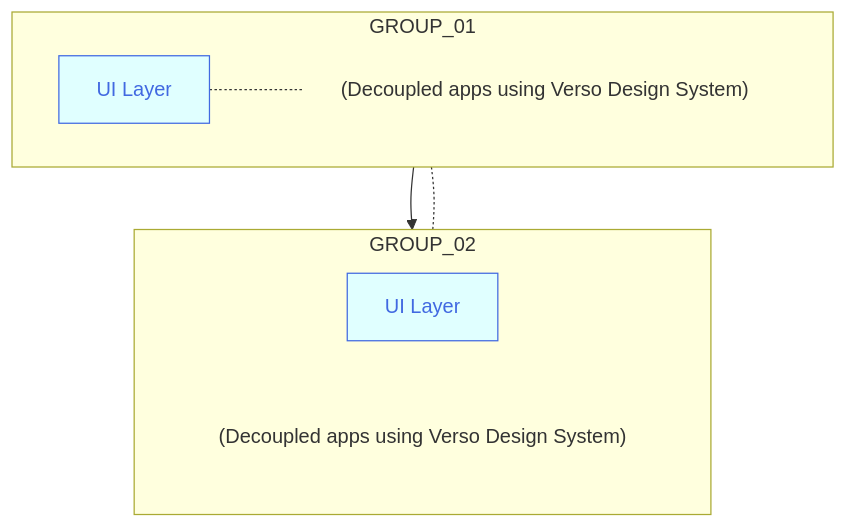
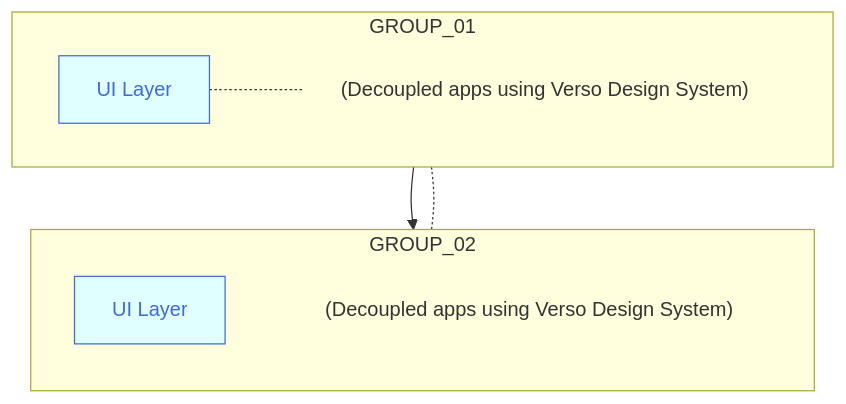
Before and after one commit to joe-dorward/samples: the diagram in buttons_mermaid_v5.md, drawn with Mermaid.

````diff
--- a/buttons_mermaid_v5.md
+++ b/buttons_mermaid_v5.md
@@ -3,38 +3,38 @@
 ```mermaid
   %%{
     init: {
       "flowchart": { "markdownAutoWrap":"false", "textWrap":"false", "wrappingWidth": "100%" }
     }
   }%%
   flowchart TD
 
   classDef Button fill:lightcyan, stroke:royalblue, color:royalblue;
   classDef Note fill:transparent, stroke-width:0px
   %% ---------- ---------- ---------- ---------- ---------- ---------- ---------- ---------- ---------- ----------
   subgraph GROUP_01
     direction LR
 
     BUTTON_01["UI Layer"]:::Button
     click BUTTON_01 "https://en.wikipedia.org/wiki/Main_Page" _blank
     BUTTON_01_NOTE["(Decoupled apps using Verso Design System)"]:::Note
 
     %%BUTTON_01~~~
     %%BUTTON_01_NOTE
   end
 
   subgraph GROUP_02
-    direction LR
+    direction TD
 
     BUTTON_02["UI Layer"]:::Button
     click BUTTON_02 "https://en.wikipedia.org/wiki/Main_Page" _blank
     BUTTON_02_NOTE["(Decoupled apps using Verso Design System)"]:::Note
 
     %%BUTTON_02~~~
     %%BUTTON_02_NOTE
   end
 
 GROUP_01-.-GROUP_02
 
 BUTTON_01-->BUTTON_02
 BUTTON_01-.-BUTTON_01_NOTE
 ```
````
